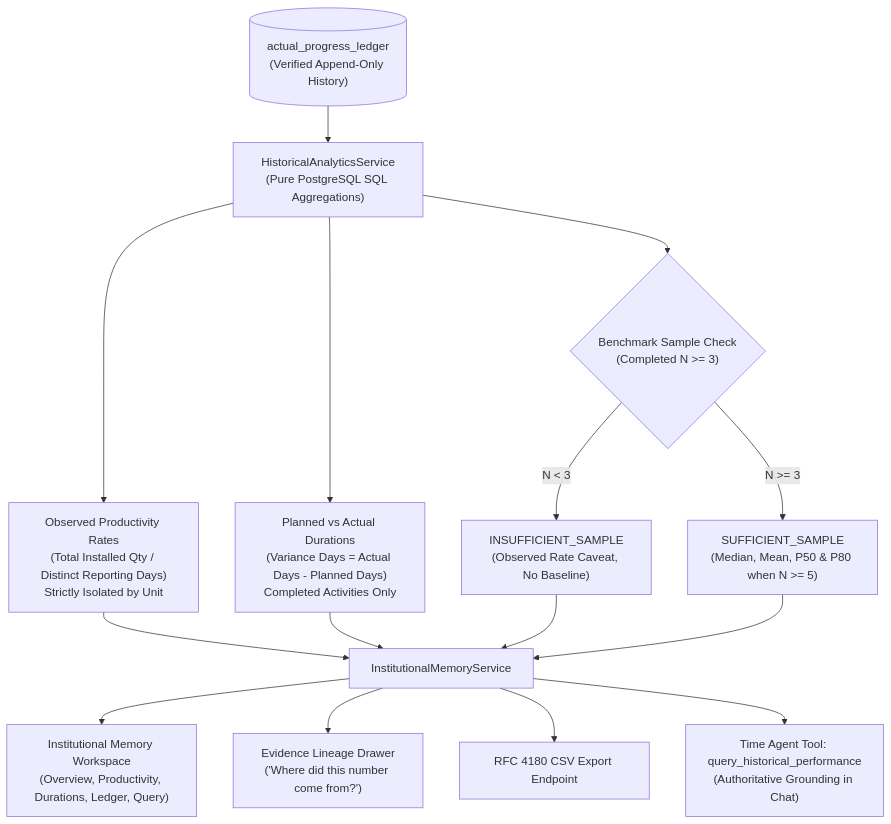
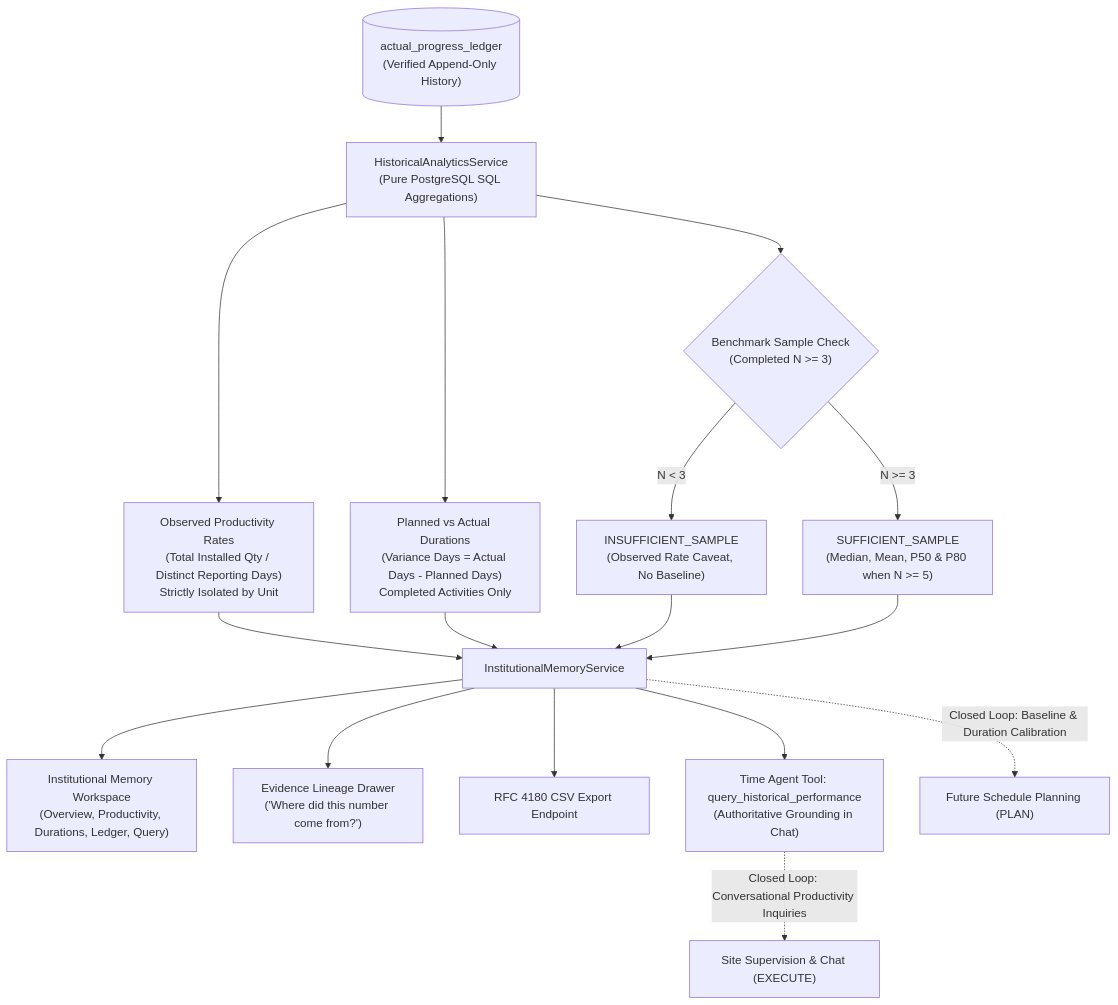
One commit to BatraKrishal/ScheduleManager changed the ninth of 9 diagrams in README.md. Above: the diagram before and after it, drawn with Mermaid. The commit also changed other lines of this file, not shown here.

Commit message:
docs(readme): close the loop on Institutional Memory across all architecture diagrams

````diff
--- a/README.md
+++ b/README.md
@@ -679,21 +694,24 @@
 ```mermaid
 flowchart TD
     LEDGER[("actual_progress_ledger\n(Verified Append-Only History)")] --> HAS["HistoricalAnalyticsService\n(Pure PostgreSQL SQL Aggregations)"]
 
     HAS --> PROD["Observed Productivity Rates\n(Total Installed Qty / Distinct Reporting Days)\nStrictly Isolated by Unit"]
     HAS --> DUR["Planned vs Actual Durations\n(Variance Days = Actual Days - Planned Days)\nCompleted Activities Only"]
     HAS --> BENCH{"Benchmark Sample Check\n(Completed N >= 3)"}
 
     BENCH -->|"N < 3"| SPARSE["INSUFFICIENT_SAMPLE\n(Observed Rate Caveat, No Baseline)"]
     BENCH -->|"N >= 3"| VALID["SUFFICIENT_SAMPLE\n(Median, Mean, P50 & P80 when N >= 5)"]
 
     PROD --> IMS["InstitutionalMemoryService"]
     DUR --> IMS
     SPARSE --> IMS
     VALID --> IMS
 
     IMS --> UI_TABS["Institutional Memory Workspace\n(Overview, Productivity, Durations, Ledger, Query)"]
     IMS --> EVIDENCE["Evidence Lineage Drawer\n('Where did this number come from?')"]
     IMS --> CSV["RFC 4180 CSV Export Endpoint"]
     IMS --> AGENT_TOOL["Time Agent Tool: query_historical_performance\n(Authoritative Grounding in Chat)"]
+
+    IMS -.->|"Closed Loop: Baseline & Duration Calibration"| FUTURE_PLAN["Future Schedule Planning (PLAN)"]
+    AGENT_TOOL -.->|"Closed Loop: Conversational Productivity Inquiries"| FIELD_EXEC["Site Supervision & Chat (EXECUTE)"]
 ```
````
